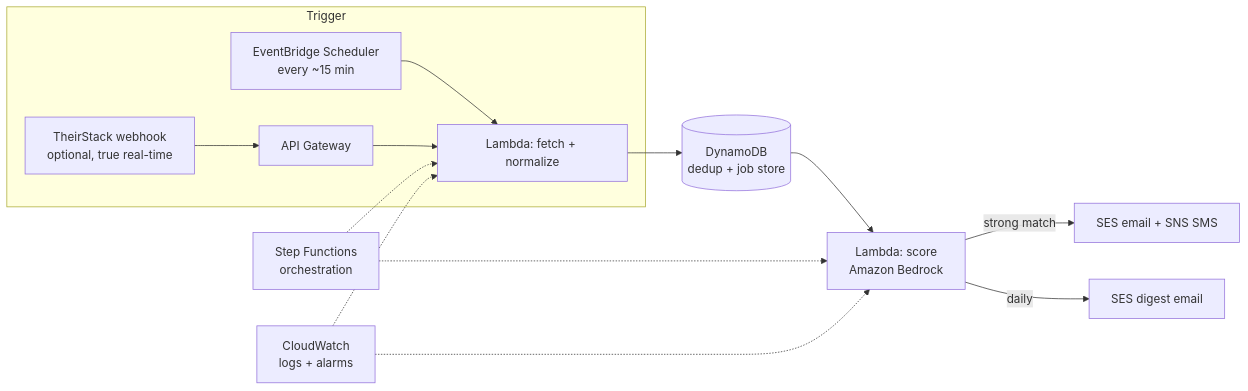
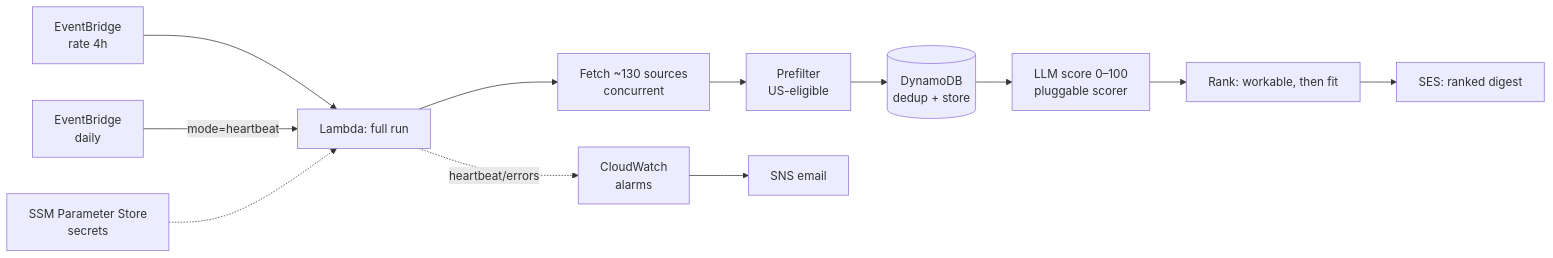
The diagram in README.md (lubobali/aws-job-streamer), drawn with Mermaid before and after one commit. The commit also changed other lines of this file and 1 other file, not shown here.

First line of the commit message:
Rewrite README to match what's actually live; scrub personal email

````diff
--- a/README.md
+++ b/README.md
@@ -41,15 +48,13 @@
 ```mermaid
 flowchart LR
-    subgraph Trigger
-      A[EventBridge Scheduler<br/>every ~15 min] --> F
-      W[TheirStack webhook<br/>optional, true real-time] --> AG[API Gateway] --> F
-    end
-    F[Lambda: fetch + normalize] --> D[(DynamoDB<br/>dedup + job store)]
-    D --> S[Lambda: score<br/>Amazon Bedrock]
-    S -->|strong match| N[SES email + SNS SMS]
-    S -->|daily| DIG[SES digest email]
-    SF[Step Functions<br/>orchestration] -.-> F
-    SF -.-> S
-    CW[CloudWatch<br/>logs + alarms] -.-> F
-    CW -.-> S
+    EB[EventBridge<br/>rate 4h] --> L[Lambda: full run]
+    HB[EventBridge<br/>daily] -->|mode=heartbeat| L
+    L --> FE[Fetch ~130 sources<br/>concurrent]
+    FE --> PF[Prefilter<br/>US-eligible]
+    PF --> DD[(DynamoDB<br/>dedup + store)]
+    DD --> SC[LLM score 0–100<br/>pluggable scorer]
+    SC --> RK[Rank: workable, then fit]
+    RK --> SES[SES: ranked digest]
+    L -.heartbeat/errors.-> CW[CloudWatch<br/>alarms] --> SNS[SNS email]
+    SSM[SSM Parameter Store<br/>secrets] -.-> L
 ```
````
